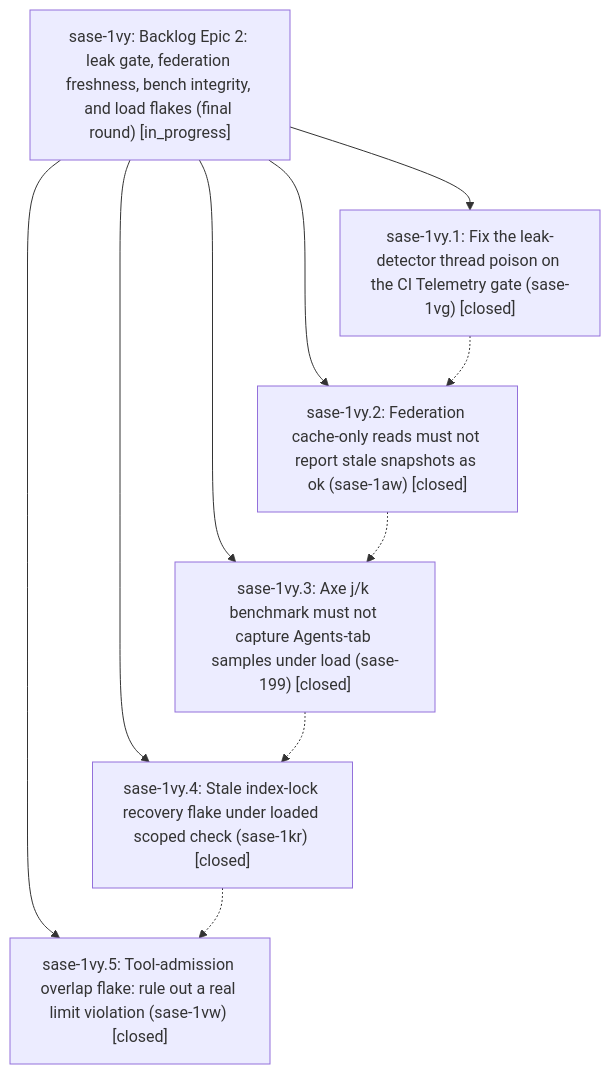
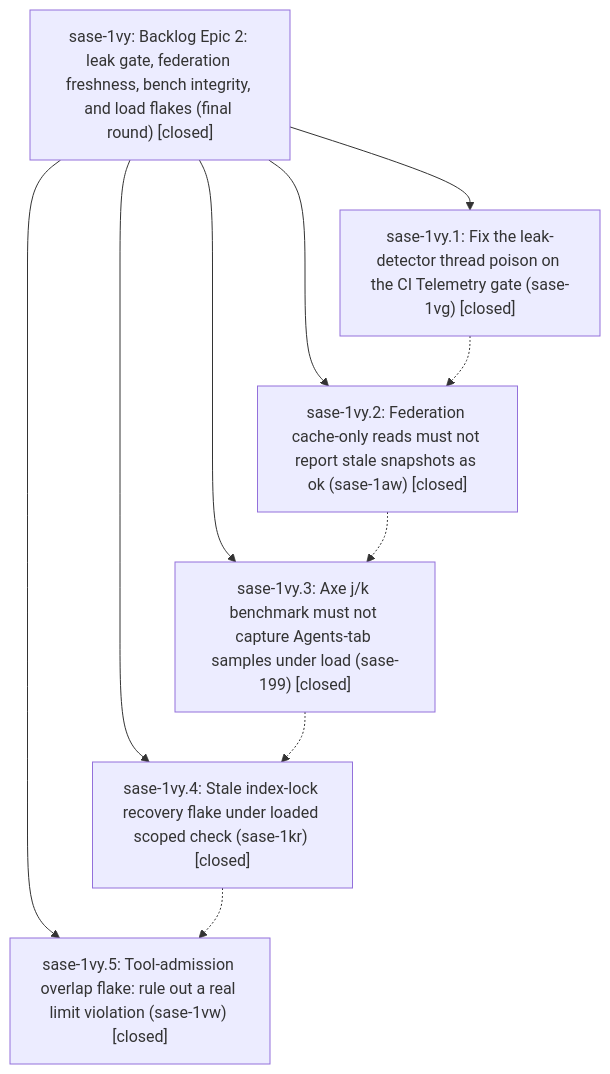
The diagram in pages/sase-1vy/README.md (sase-org/sase--beads), drawn with Mermaid before and after one commit. The commit also changed other lines of this file, not shown here.

First line of the commit message:
chore(beads): sync bead state and pages for sase-1vy

````diff
--- a/pages/sase-1vy/README.md
+++ b/pages/sase-1vy/README.md
@@ -40,18 +60,18 @@
 ```mermaid
 flowchart TD
-    n0["sase-1vy: Backlog Epic 2: leak gate, federation freshness, bench integrity, and load flakes (final round) [in_progress]"]
+    n0["sase-1vy: Backlog Epic 2: leak gate, federation freshness, bench integrity, and load flakes (final round) [closed]"]
     n1["sase-1vy.1: Fix the leak-detector thread poison on the CI Telemetry gate (sase-1vg) [closed]"]
     n2["sase-1vy.2: Federation cache-only reads must not report stale snapshots as ok (sase-1aw) [closed]"]
     n3["sase-1vy.3: Axe j/k benchmark must not capture Agents-tab samples under load (sase-199) [closed]"]
     n4["sase-1vy.4: Stale index-lock recovery flake under loaded scoped check (sase-1kr) [closed]"]
     n5["sase-1vy.5: Tool-admission overlap flake: rule out a real limit violation (sase-1vw) [closed]"]
     n0 --> n1
     n0 --> n2
     n0 --> n3
     n0 --> n4
     n0 --> n5
     n1 -.-> n2
     n2 -.-> n3
     n3 -.-> n4
     n4 -.-> n5
 ```
````
